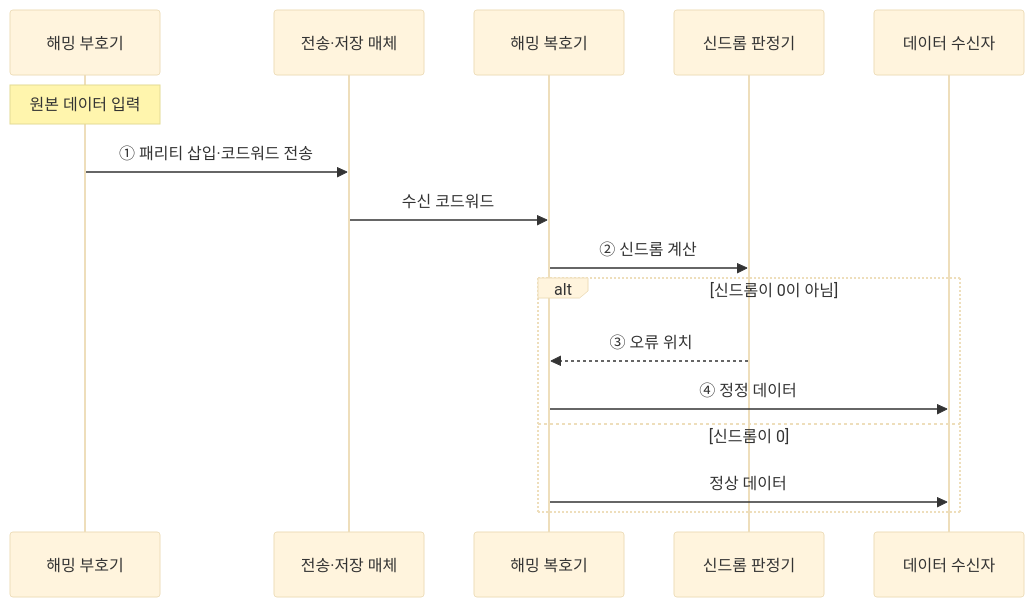
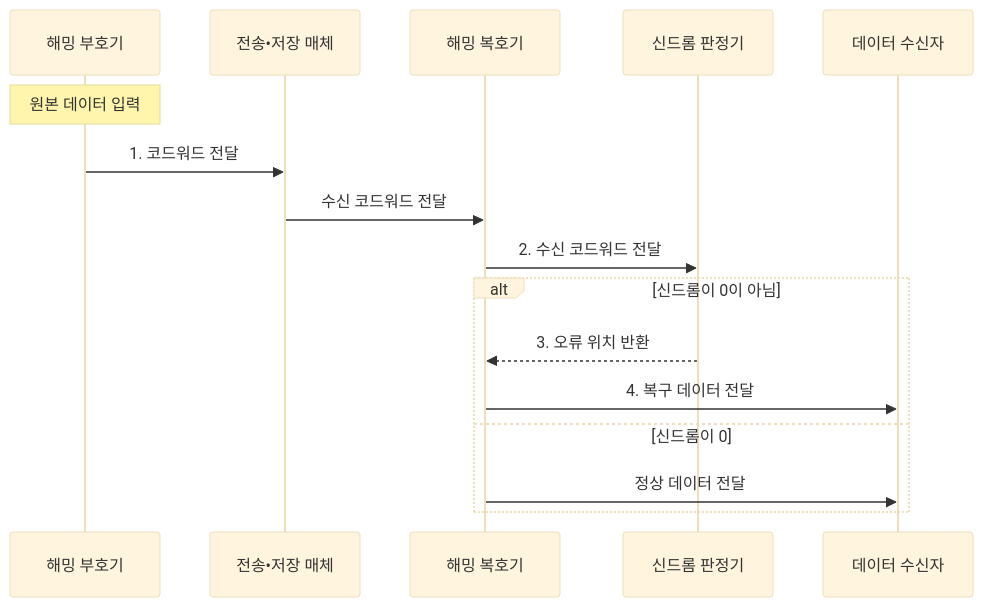
The third of 4 diagrams in src/content/docs/notes/01-basic-theory/028_hamming_code.md (agnusdei1207/knowledge-base), drawn with Mermaid (base theme) before and after one commit. The commit also changed other lines of this file and 20 other files, not shown here.

````diff
--- a/src/content/docs/notes/01-basic-theory/028_hamming_code.md
+++ b/src/content/docs/notes/01-basic-theory/028_hamming_code.md
@@ -93,18 +97,18 @@
 ```mermaid
 sequenceDiagram
     participant E as 해밍 부호기
-    participant M as 전송·저장 매체
+    participant M as 전송•저장 매체
     participant D as 해밍 복호기
     participant S as 신드롬 판정기
     participant O as 데이터 수신자
     Note over E: 원본 데이터 입력
-    E->>M: ① 패리티 삽입·코드워드 전송
-    M->>D: 수신 코드워드
-    D->>S: ② 신드롬 계산
+    E->>M: 1. 코드워드 전달
+    M->>D: 수신 코드워드 전달
+    D->>S: 2. 수신 코드워드 전달
     alt 신드롬이 0이 아님
-        S-->>D: ③ 오류 위치
-        D->>O: ④ 정정 데이터
+        S-->>D: 3. 오류 위치 반환
+        D->>O: 4. 복구 데이터 전달
     else 신드롬이 0
-        D->>O: 정상 데이터
+        D->>O: 정상 데이터 전달
     end
 ```
````
